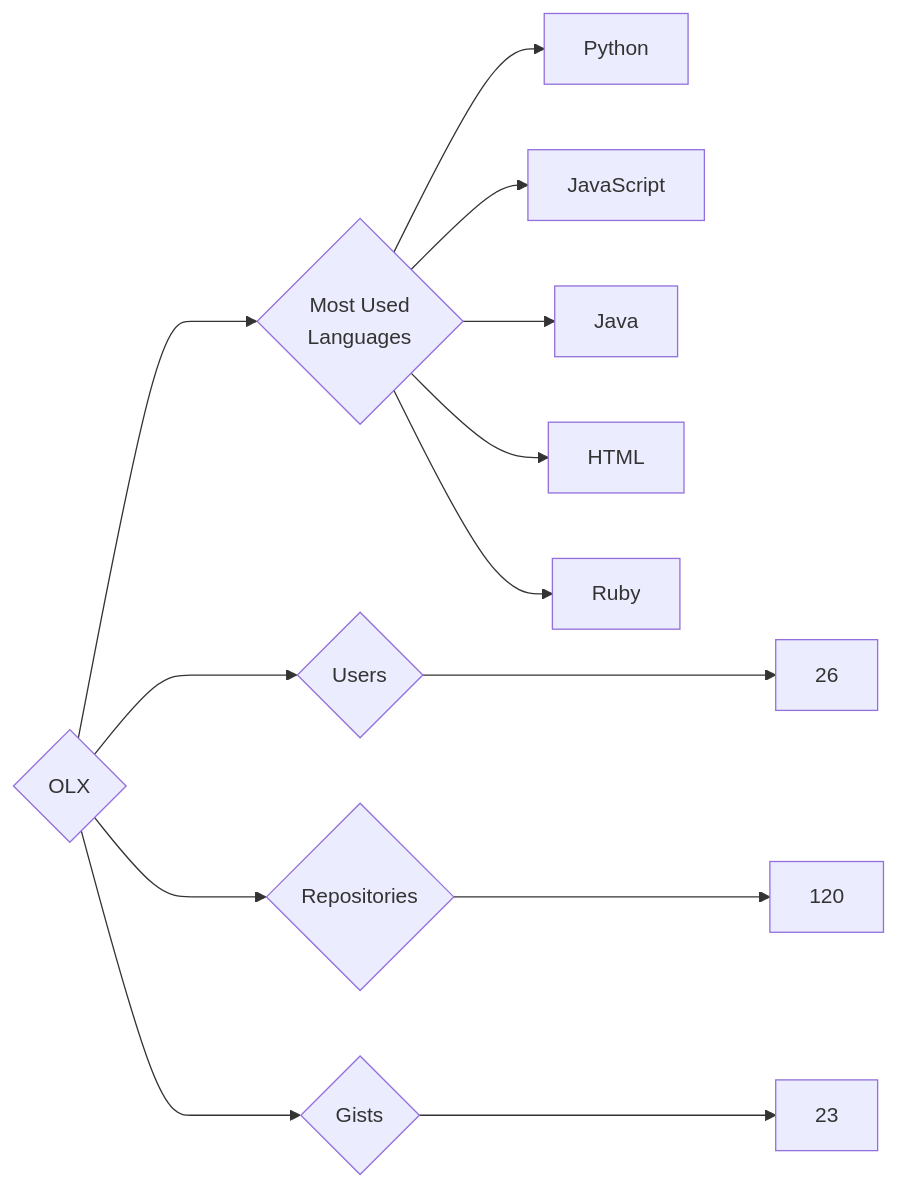
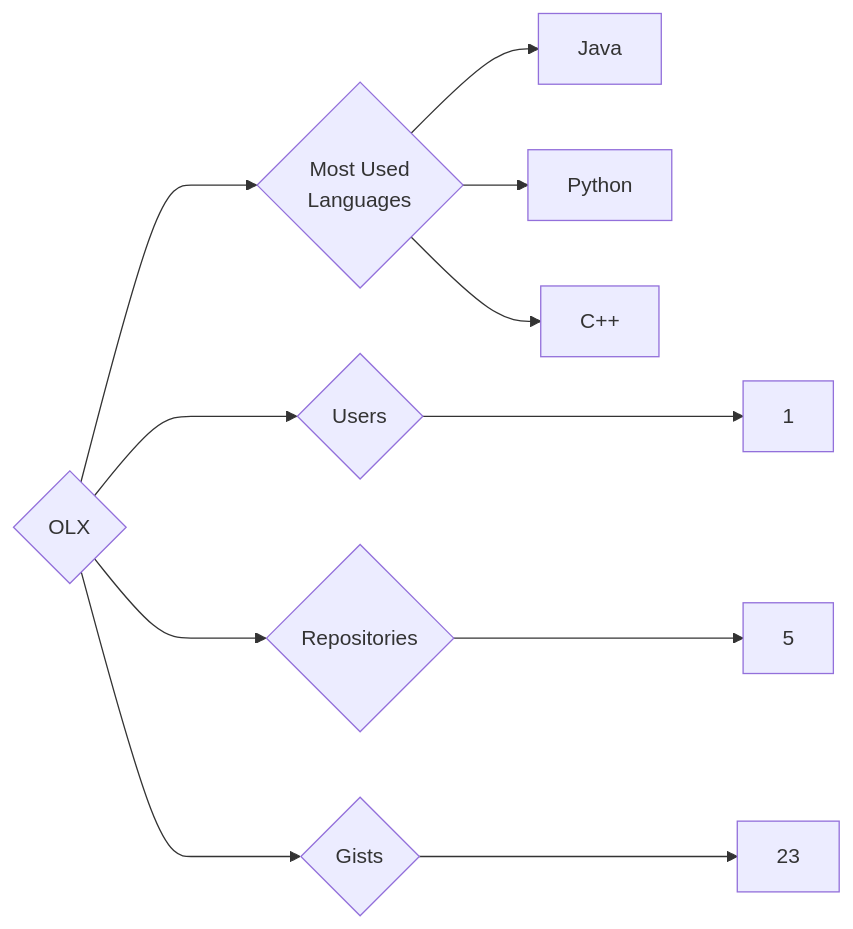
One commit to trickest/insiders changed the diagram in targets/OLX/README.md. Above: the diagram before and after it, drawn with Mermaid. The commit also changed 953 other files, not shown here.

````diff
--- a/targets/OLX/README.md
+++ b/targets/OLX/README.md
@@ -3,13 +3,11 @@
 ```mermaid
 graph LR
 COMPANY_NAME{OLX}
-COMPANY_NAME ---> U{Users} ---> UN[26]
-COMPANY_NAME ---> R{Repositories} ---> RN[120]
+COMPANY_NAME ---> U{Users} ---> UN[1]
+COMPANY_NAME ---> R{Repositories} ---> RN[5]
 COMPANY_NAME ---> G{Gists} ---> GN[23]
 COMPANY_NAME ---> ML{Most Used<br>Languages}
+ML --> Java[Java]
 ML --> Python[Python]
-ML --> JavaScript[JavaScript]
-ML --> Java[Java]
-ML --> HTML[HTML]
-ML --> Ruby[Ruby]
+ML --> C++[C++]
 ```
````
